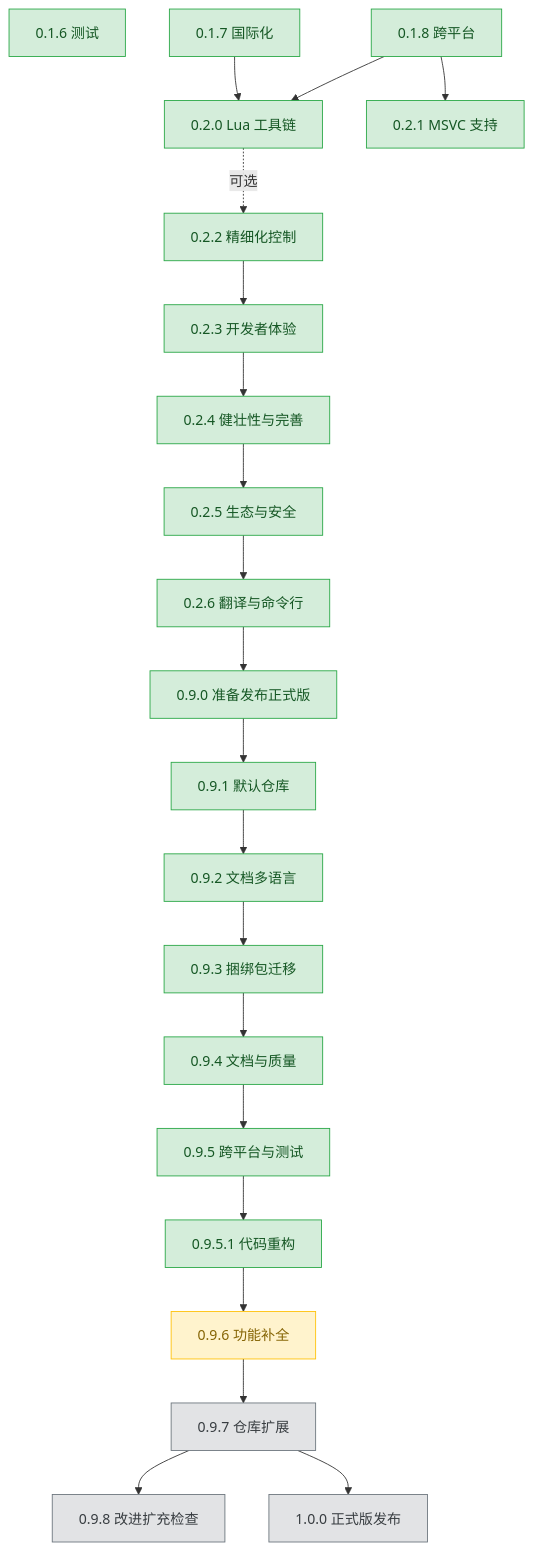
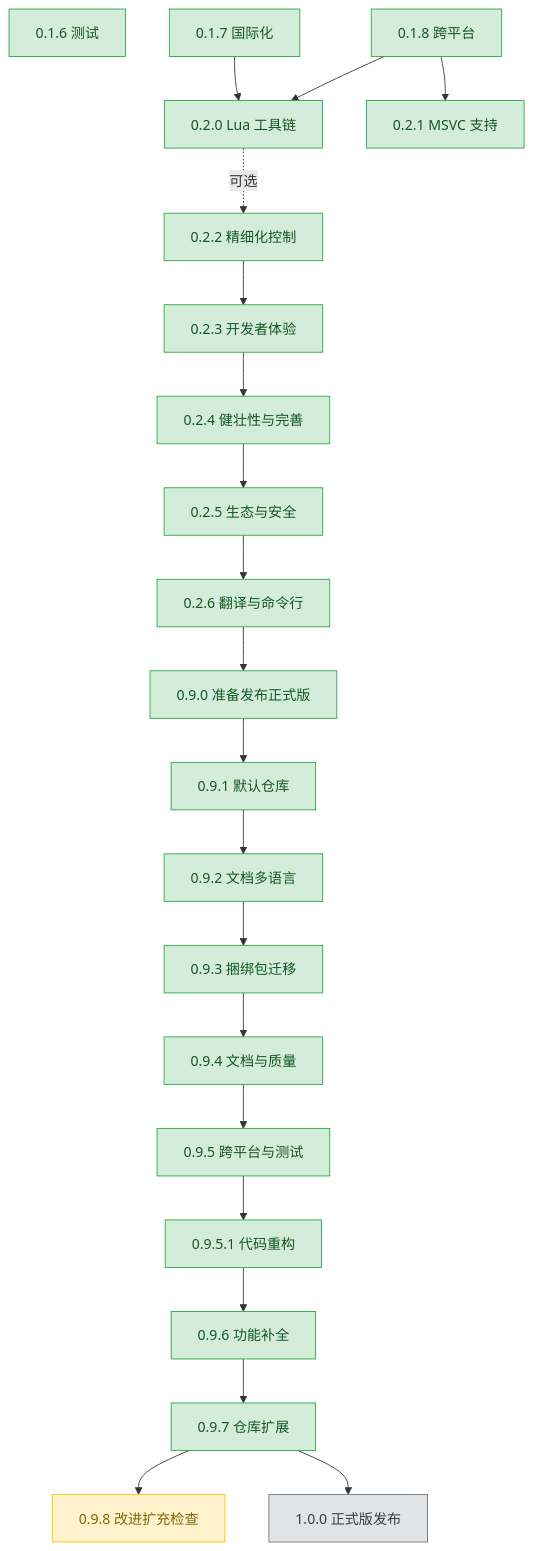
Before and after one commit to 3667808244/EazyMake: the diagram in plans/README.md, drawn with Mermaid. The commit also changed other lines of this file and 14 other files, not shown here.

````diff
--- a/plans/README.md
+++ b/plans/README.md
@@ -67,52 +67,52 @@
 ```mermaid
 graph TD
     v016["0.1.6 测试"]
     v017["0.1.7 国际化"]
     v018["0.1.8 跨平台"]
     v020["0.2.0 Lua 工具链"]
     v021["0.2.1 MSVC 支持"]
     v022["0.2.2 精细化控制"]
     v023["0.2.3 开发者体验"]
     v024["0.2.4 健壮性与完善"]
     v025["0.2.5 生态与安全"]
     v026["0.2.6 翻译与命令行"]
     v090["0.9.0 准备发布正式版"]
     v091["0.9.1 默认仓库"]
     v092["0.9.2 文档多语言"]
     v093["0.9.3 捆绑包迁移"]
     v094["0.9.4 文档与质量"]
     v095["0.9.5 跨平台与测试"]
     v0951["0.9.5.1 代码重构"]
     v096["0.9.6 功能补全"]
     v097["0.9.7 仓库扩展"]
     v098["0.9.8 改进扩充检查"]
     v100["1.0.0 正式版发布"]
 
     v018 --> v021
     v017 --> v020
     v018 --> v020
     v020 -.可选.-> v022
     v022 --> v023
     v023 --> v024
     v024 --> v025
     v025 --> v026
     v026 --> v090
     v090 --> v091
     v091 --> v092
     v092 --> v093
     v093 --> v094
     v094 --> v095
     v095 --> v0951
     v0951 --> v096
     v096 --> v097
     v097 --> v098
     v097 --> v100
 
     classDef done fill:#d4edda,stroke:#28a745,color:#155724;
     classDef active fill:#fff3cd,stroke:#ffc107,color:#856404;
     classDef todo fill:#e2e3e5,stroke:#6c757d,color:#383d41;
 
-    class v016,v017,v018,v020,v021,v022,v023,v024,v025,v026,v090,v091,v092,v093,v094,v095,v0951 done;
-    class v096 active;
-    class v097,v098,v099,v100 todo;
+    class v016,v017,v018,v020,v021,v022,v023,v024,v025,v026,v090,v091,v092,v093,v094,v095,v0951,v096,v097 done;
+    class v098 active;
+    class v099,v100 todo;
 ```
````
